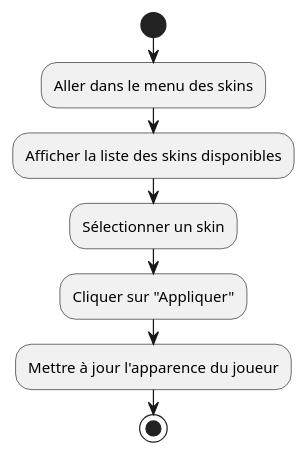
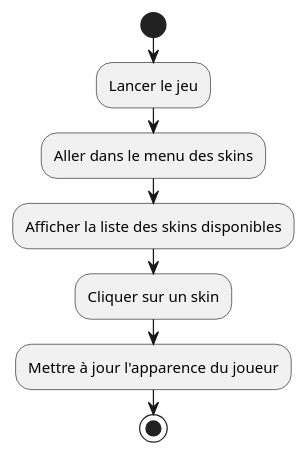
Before and after one commit to LosVerinos/Crossy-Road: the diagram in Diagram/ActivityDiagram/changeSkin.puml, drawn with PlantUML. The commit also changed 13 other files, not shown here.

Commit message:
première modif sur les diagrammes d'activités

```diff
--- a/Diagram/ActivityDiagram/changeSkin.puml
+++ b/Diagram/ActivityDiagram/changeSkin.puml
@@ -1,9 +1,9 @@
 @startuml
 start
+:Lancer le jeu;
 :Aller dans le menu des skins;
 :Afficher la liste des skins disponibles;
-:Sélectionner un skin;
-:Cliquer sur "Appliquer";
+:Cliquer sur un skin;
 :Mettre à jour l'apparence du joueur;
 stop
 @enduml
```
